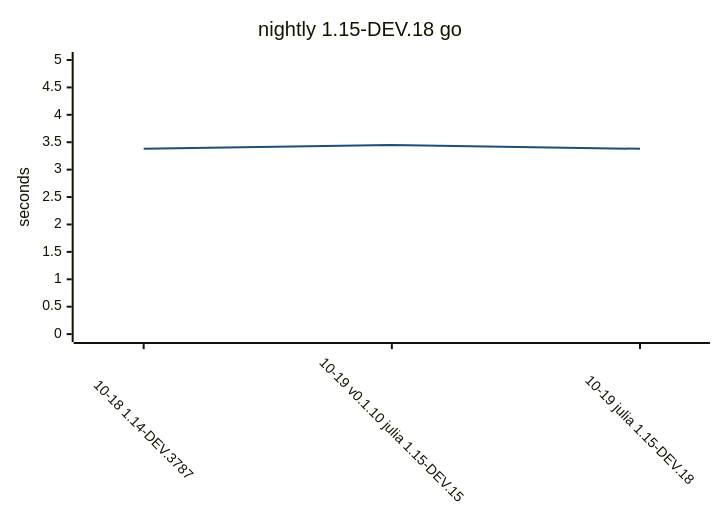
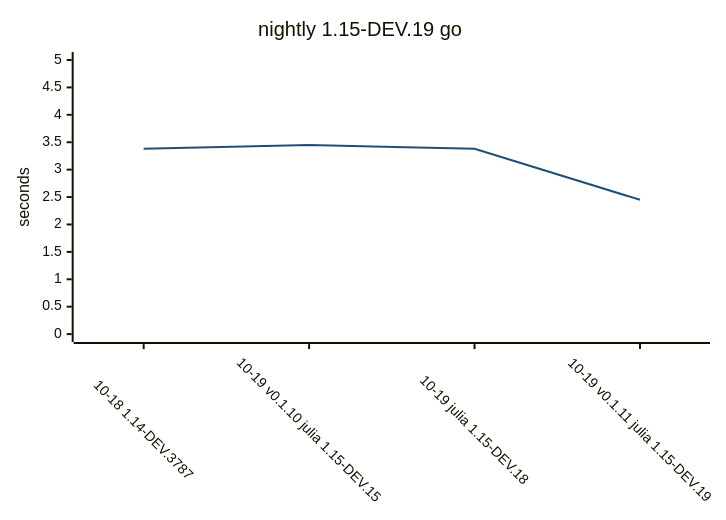
The eighth of 9 diagrams in README.md (yamanori99/DistSSHRun.jl), drawn with Mermaid before and after one commit. The commit also changed other lines of this file and 1 other file, not shown here.

Commit message:
Record compile bench for nightly.

````diff
--- a/README.md
+++ b/README.md
@@ -268,17 +269,17 @@
 ```mermaid
 ---
 config:
   theme: base
   themeVariables:
     xyChart:
       plotColorPalette: "#1f4e79"
   xyChart:
     xAxis:
       labelRotation: 45
 ---
 xychart-beta
-    title "nightly 1.15-DEV.18 go"
-    x-axis ["10-18 1.14-DEV.3787", "10-19 v0.1.10 julia 1.15-DEV.15", "10-19 julia 1.15-DEV.18"]
+    title "nightly 1.15-DEV.19 go"
+    x-axis ["10-18 1.14-DEV.3787", "10-19 v0.1.10 julia 1.15-DEV.15", "10-19 julia 1.15-DEV.18", "10-19 v0.1.11 julia 1.15-DEV.19"]
     y-axis "seconds" 0 --> 5
-    line [3.38, 3.45, 3.38]
+    line [3.38, 3.45, 3.38, 2.45]
 ```
````
